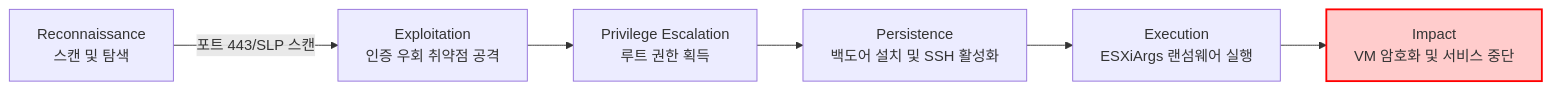
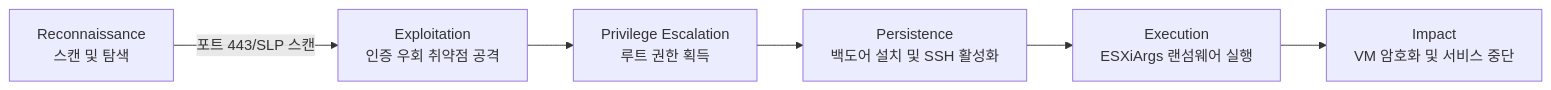
Before and after one commit to rebugui/rebugui.github.io: the diagram in content/post/보안/-VMware-ESXi-랜섬웨어-악용-취약점-실제-공격-확인/index.md, drawn with Mermaid. The commit also changed 14 other files, not shown here.

First line of the commit message:
fix: 최근 3일간 블로그 Mermaid 다이어그램 스타일 제거

````diff
--- a/content/post/보안/-VMware-ESXi-랜섬웨어-악용-취약점-실제-공격-확인/index.md
+++ b/content/post/보안/-VMware-ESXi-랜섬웨어-악용-취약점-실제-공격-확인/index.md
@@ -35,10 +35,9 @@
 ```mermaid
 graph LR
     A[Reconnaissance<br>스캔 및 탐색] -->|포트 443/SLP 스캔| B[Exploitation<br>인증 우회 취약점 공격]
     B --> C[Privilege Escalation<br>루트 권한 획득]
     C --> D[Persistence<br>백도어 설치 및 SSH 활성화]
     D --> E[Execution<br>ESXiArgs 랜섬웨어 실행]
     E --> F[Impact<br>VM 암호화 및 서비스 중단]
 
-    style F fill:#ffcccc,stroke:#ff0000,stroke-width:2px
 ```
````
